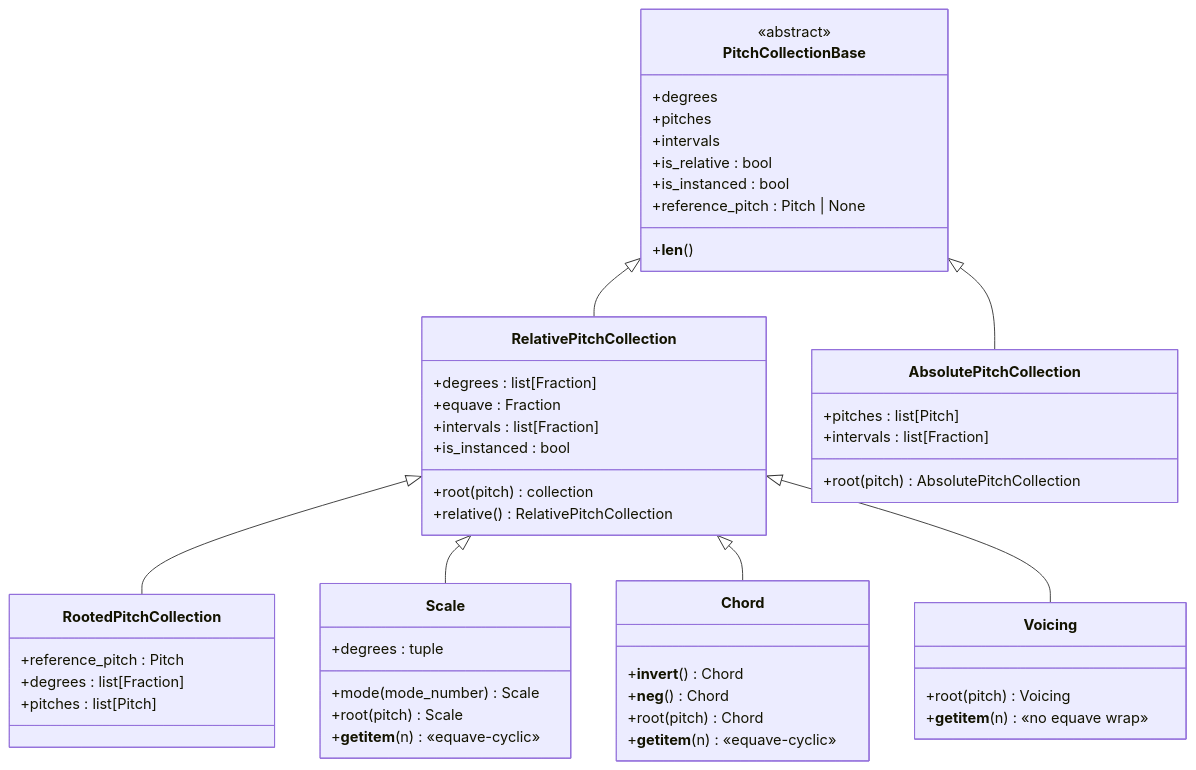
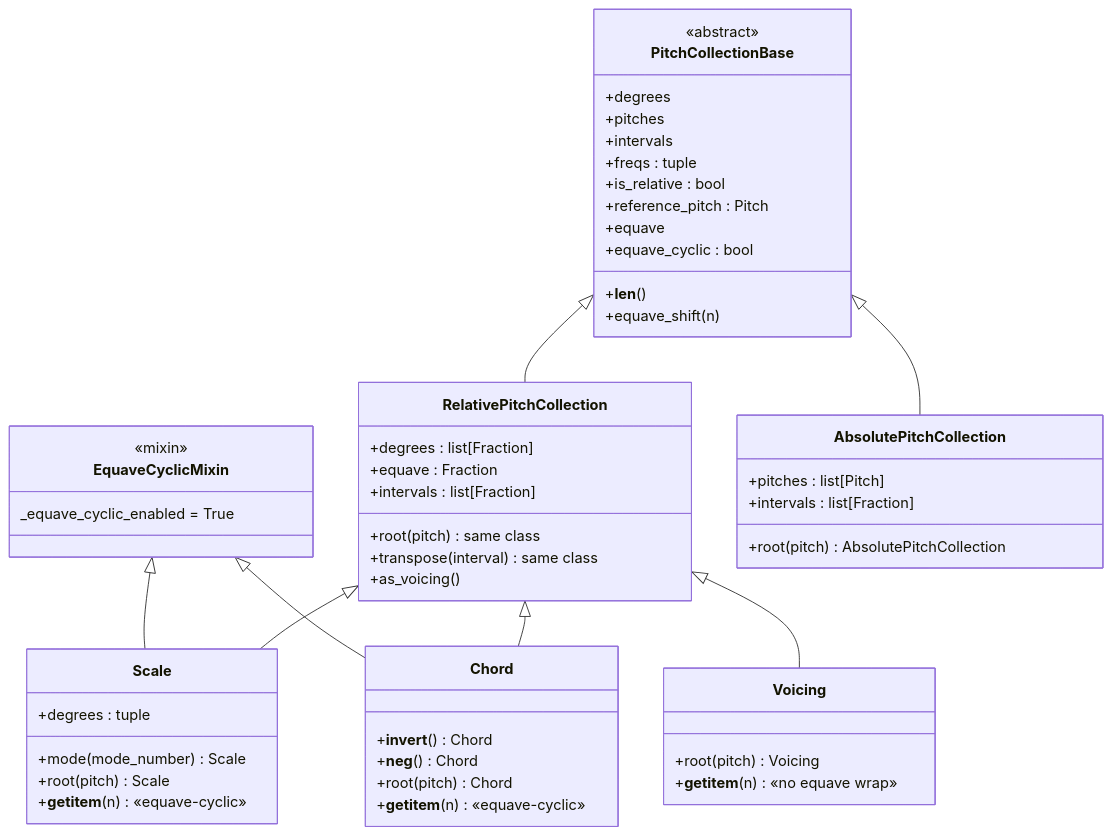
Before and after one commit to kr4g/Klotho: the second of 5 diagrams in docs/architecture/11_PITCH_COLLECTIONS.md, drawn with Mermaid. The commit also changed other lines of this file and 14 other files, not shown here.

First line of the commit message:
Refresh architecture docs and Sphinx index for 10.x API (10.11.1)

````diff
--- a/docs/architecture/11_PITCH_COLLECTIONS.md
+++ b/docs/architecture/11_PITCH_COLLECTIONS.md
@@ -60,62 +59,65 @@
 ```mermaid
 classDiagram
     direction TB
 
     class PitchCollectionBase {
         <<abstract>>
         +degrees
         +pitches
         +intervals
+        +freqs : tuple
         +__len__()
         +is_relative : bool
-        +is_instanced : bool
-        +reference_pitch : Pitch | None
+        +reference_pitch : Pitch
+        +equave
+        +equave_cyclic : bool
+        +equave_shift(n)
+    }
+
+    class EquaveCyclicMixin {
+        <<mixin>>
+        _equave_cyclic_enabled = True
     }
 
     class RelativePitchCollection {
         +degrees : list[Fraction]
         +equave : Fraction
         +intervals : list[Fraction]
-        +is_instanced : bool
-        +root(pitch) collection
-        +relative() RelativePitchCollection
+        +root(pitch) same class
+        +transpose(interval) same class
+        +as_voicing()
     }
 
     class AbsolutePitchCollection {
         +pitches : list[Pitch]
         +intervals : list[Fraction]
         +root(pitch) AbsolutePitchCollection
-    }
-
-    class RootedPitchCollection {
-        +reference_pitch : Pitch
-        +degrees : list[Fraction]
-        +pitches : list[Pitch]
     }
 
     class Scale {
         +degrees : tuple
         +mode(mode_number) Scale
         +root(pitch) Scale
         +__getitem__(n) «equave-cyclic»
     }
 
     class Chord {
         +__invert__() Chord
         +__neg__() Chord
         +root(pitch) Chord
         +__getitem__(n) «equave-cyclic»
     }
 
     class Voicing {
         +root(pitch) Voicing
         +__getitem__(n) «no equave wrap»
     }
 
     PitchCollectionBase <|-- RelativePitchCollection
     PitchCollectionBase <|-- AbsolutePitchCollection
-    RelativePitchCollection <|-- RootedPitchCollection
+    EquaveCyclicMixin <|-- Scale
+    EquaveCyclicMixin <|-- Chord
     RelativePitchCollection <|-- Scale
     RelativePitchCollection <|-- Chord
     RelativePitchCollection <|-- Voicing
 ```
````
